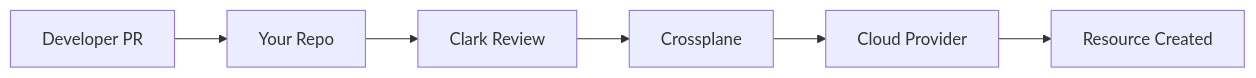
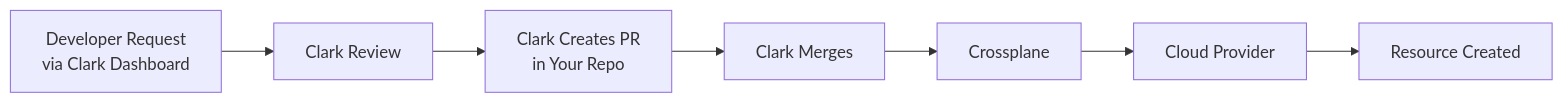
Before and after one commit to corpobit/clark-platform-operating-model: the second of 2 diagrams in presentation.md, drawn with Mermaid. The commit also changed 4 other files, not shown here.

First line of the commit message:
Update workflow to use Clark dashboard instead of direct PRs

````diff
--- a/presentation.md
+++ b/presentation.md
@@ -138,8 +138,9 @@
 ```mermaid
 flowchart LR
-    A[Developer PR] --> B[Your Repo]
-    B --> C[Clark Review]
-    C --> D[Crossplane]
-    D --> E[Cloud Provider]
-    E --> F[Resource Created]
+    A[Developer Request<br/>via Clark Dashboard] --> B[Clark Review]
+    B --> C[Clark Creates PR<br/>in Your Repo]
+    C --> D[Clark Merges]
+    D --> E[Crossplane]
+    E --> F[Cloud Provider]
+    F --> G[Resource Created]
 ```
````
